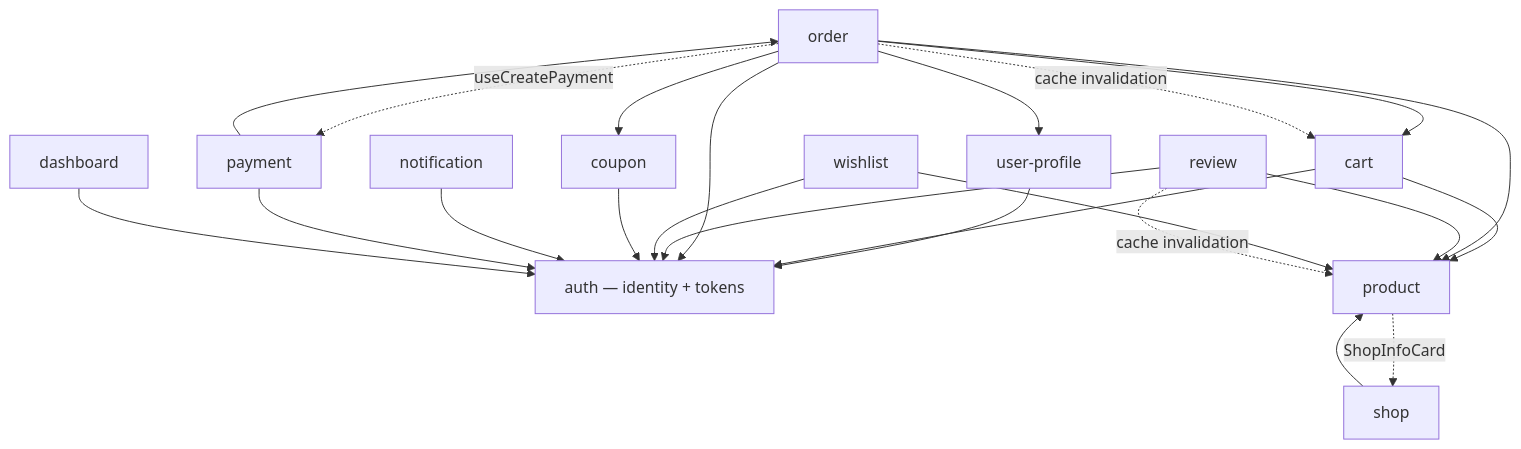
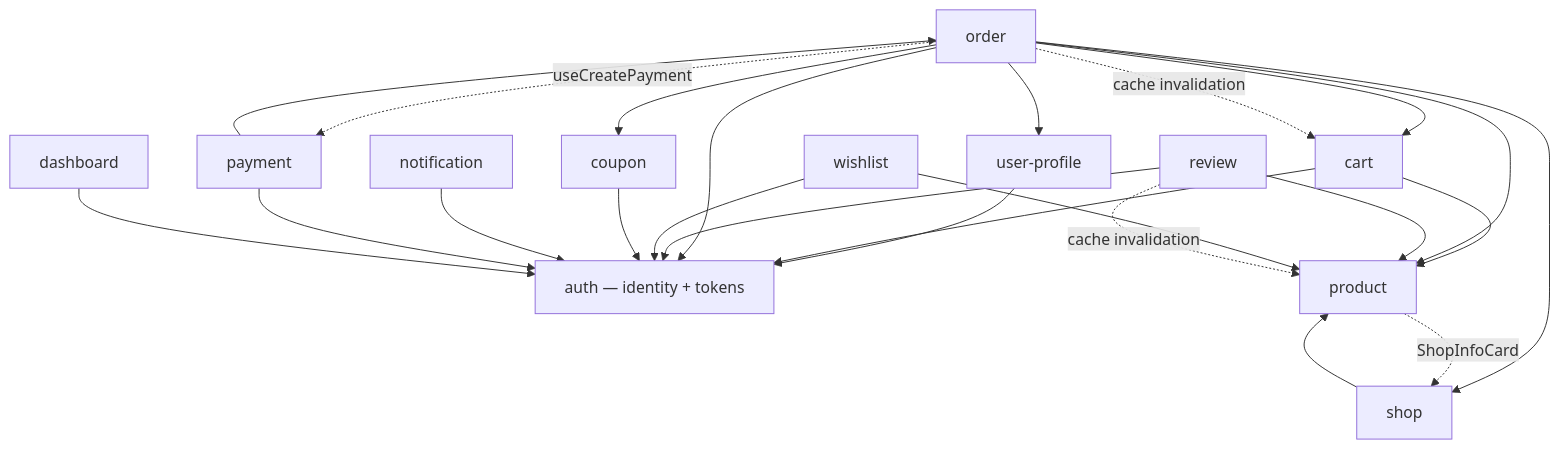
Before and after one commit to Hy-Khang/E-commerce-shop-Amazon-: the second of 2 diagrams in frontend-react/docs/FE-ARCHITECTURE.md, drawn with Mermaid. The commit also changed other lines of this file and 5 other files, not shown here.

````diff
--- a/frontend-react/docs/FE-ARCHITECTURE.md
+++ b/frontend-react/docs/FE-ARCHITECTURE.md
@@ -149,29 +149,30 @@
 ```mermaid
 graph TD
     Auth["auth — identity + tokens"]
     UP["user-profile"] --> Auth
     Product["product"]
     Shop["shop"] --> Product
     Cart["cart"] --> Auth
     Cart --> Product
     Order["order"] --> Auth
     Order --> Cart
     Order --> UP
     Order --> Product
+    Order --> Shop
     Review["review"] --> Auth
     Review --> Product
     Wishlist["wishlist"] --> Auth
     Wishlist --> Product
     Coupon["coupon"] --> Auth
     Order --> Coupon
 
     Notification["notification"] --> Auth
     Payment["payment"] --> Auth
     Payment --> Order
     Dashboard["dashboard"] --> Auth
 
     Product -.->|ShopInfoCard| Shop
     Order -.->|cache invalidation| Cart
     Order -.->|useCreatePayment| Payment
     Review -.->|cache invalidation| Product
 ```
````
